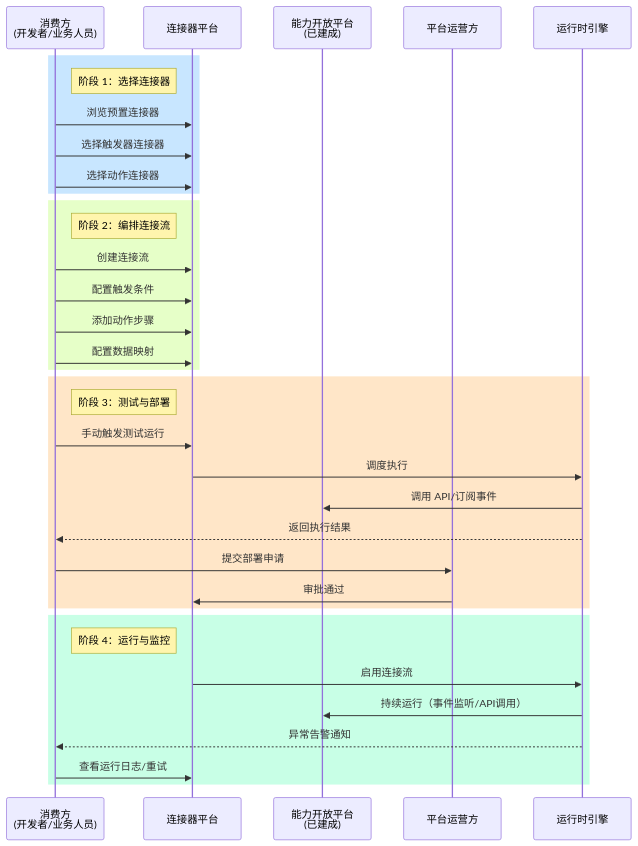
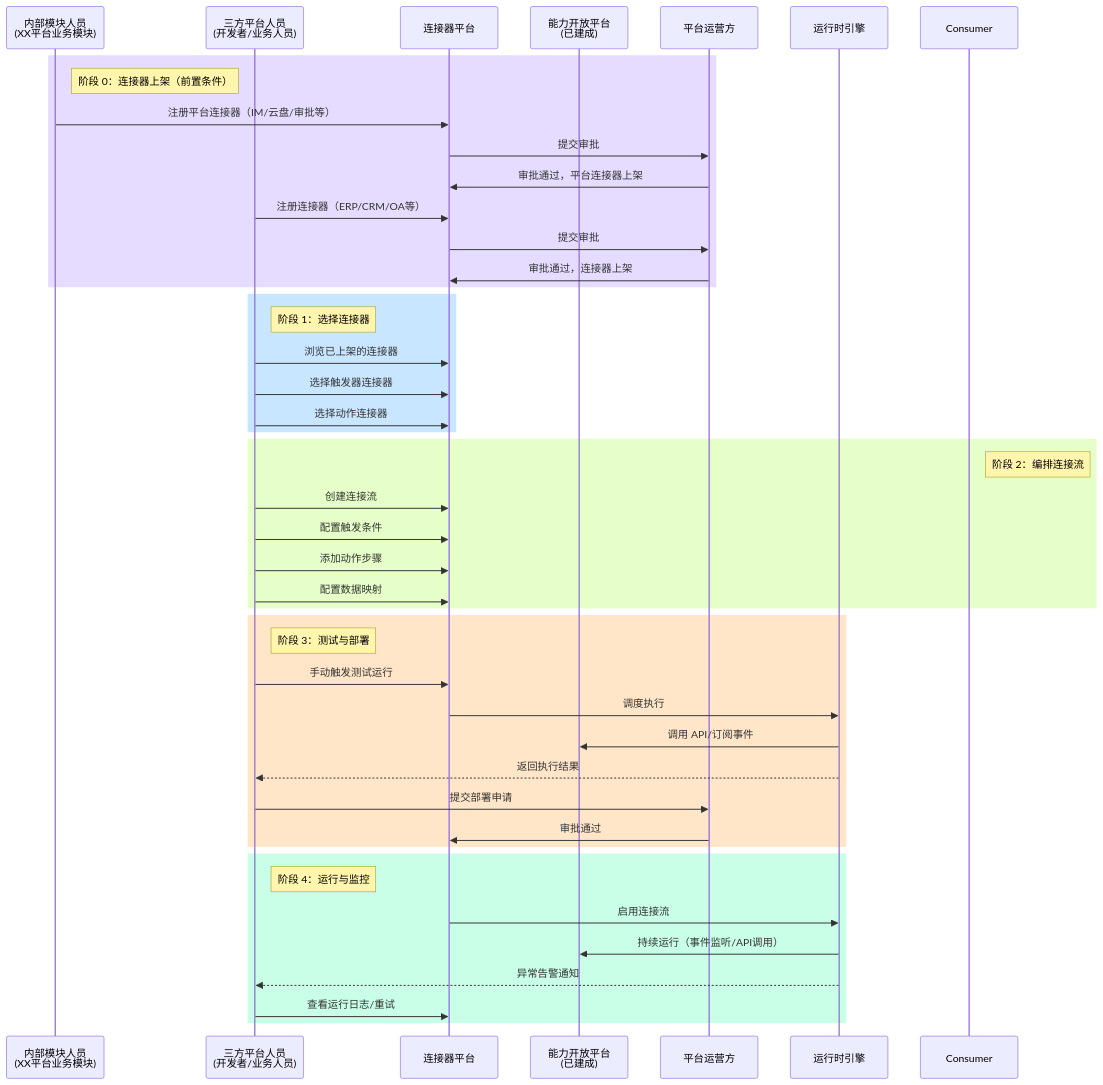
Before and after one commit to THZSummer/open-app: diagram 11 of 13 in .sddu/specs-tree-root/specs-tree-connector-platform/discovery-report.md, drawn with Mermaid. The commit also changed other lines of this file, not shown here.

````diff
--- a/.sddu/specs-tree-root/specs-tree-connector-platform/discovery-report.md
+++ b/.sddu/specs-tree-root/specs-tree-connector-platform/discovery-report.md
@@ -458,41 +457,52 @@
 ```mermaid
 sequenceDiagram
-    participant Consumer as 消费方<br/>(开发者/业务人员)
+    participant Inner as 内部模块人员<br/>(XX平台业务模块)
+    participant Third as 三方平台人员<br/>(开发者/业务人员)
     participant ConnPlat as 连接器平台
     participant CapPlat as 能力开放平台<br/>(已建成)
     participant Operator as 平台运营方
     participant Runtime as 运行时引擎
     
+    rect rgb(230, 220, 255)
+        note right of Inner: 阶段 0：连接器上架（前置条件）
+        Inner->>ConnPlat: 注册平台连接器（IM/云盘/审批等）
+        ConnPlat->>Operator: 提交审批
+        Operator->>ConnPlat: 审批通过，平台连接器上架
+        Third->>ConnPlat: 注册连接器（ERP/CRM/OA等）
+        ConnPlat->>Operator: 提交审批
+        Operator->>ConnPlat: 审批通过，连接器上架
+    end
+    
     rect rgb(200, 230, 255)
-        note right of Consumer: 阶段 1：选择连接器
-        Consumer->>ConnPlat: 浏览预置连接器
-        Consumer->>ConnPlat: 选择触发器连接器
-        Consumer->>ConnPlat: 选择动作连接器
+        note right of Third: 阶段 1：选择连接器
+        Third->>ConnPlat: 浏览已上架的连接器
+        Third->>ConnPlat: 选择触发器连接器
+        Third->>ConnPlat: 选择动作连接器
     end
     
     rect rgb(230, 255, 200)
         note right of Consumer: 阶段 2：编排连接流
-        Consumer->>ConnPlat: 创建连接流
-        Consumer->>ConnPlat: 配置触发条件
-        Consumer->>ConnPlat: 添加动作步骤
-        Consumer->>ConnPlat: 配置数据映射
+        Third->>ConnPlat: 创建连接流
+        Third->>ConnPlat: 配置触发条件
+        Third->>ConnPlat: 添加动作步骤
+        Third->>ConnPlat: 配置数据映射
     end
     
     rect rgb(255, 230, 200)
-        note right of Consumer: 阶段 3：测试与部署
-        Consumer->>ConnPlat: 手动触发测试运行
+        note right of Third: 阶段 3：测试与部署
+        Third->>ConnPlat: 手动触发测试运行
         ConnPlat->>Runtime: 调度执行
         Runtime->>CapPlat: 调用 API/订阅事件
-        Runtime-->>Consumer: 返回执行结果
-        Consumer->>Operator: 提交部署申请
+        Runtime-->>Third: 返回执行结果
+        Third->>Operator: 提交部署申请
         Operator->>ConnPlat: 审批通过
     end
     
     rect rgb(200, 255, 230)
-        note right of Consumer: 阶段 4：运行与监控
+        note right of Third: 阶段 4：运行与监控
         ConnPlat->>Runtime: 启用连接流
         Runtime->>CapPlat: 持续运行（事件监听/API调用）
-        Runtime-->>Consumer: 异常告警通知
-        Consumer->>ConnPlat: 查看运行日志/重试
+        Runtime-->>Third: 异常告警通知
+        Third->>ConnPlat: 查看运行日志/重试
     end
 ```
````
